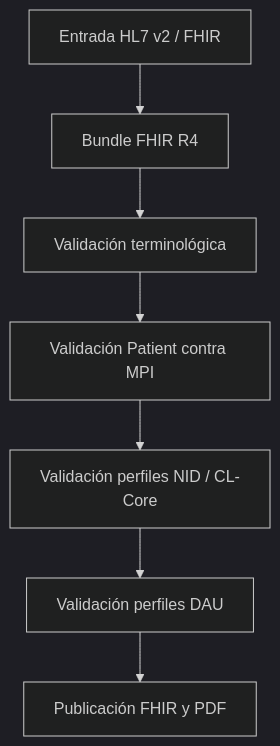
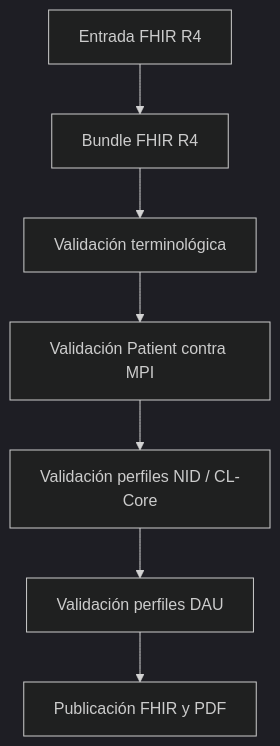
Before and after one commit to rchristiansen/CL-URGENCIA: the second of 2 diagrams in input/pagecontent/arquitectura.md, drawn with Mermaid (dark theme). The commit also changed other lines of this file and 7 other files, not shown here.

```diff
--- a/input/pagecontent/arquitectura.md
+++ b/input/pagecontent/arquitectura.md
@@ -83,9 +83,9 @@
 <div class="mermaid">
 flowchart TD
-    A["Entrada HL7 v2 / FHIR"] --> B["Bundle FHIR R4"]
+    A["Entrada FHIR R4"] --> B["Bundle FHIR R4"]
     B --> C["Validación terminológica"]
     C --> D["Validación Patient contra MPI"]
     D --> E["Validación perfiles NID / CL-Core"]
     E --> F["Validación perfiles DAU"]
     F --> G["Publicación FHIR y PDF"]
 </div>
```
